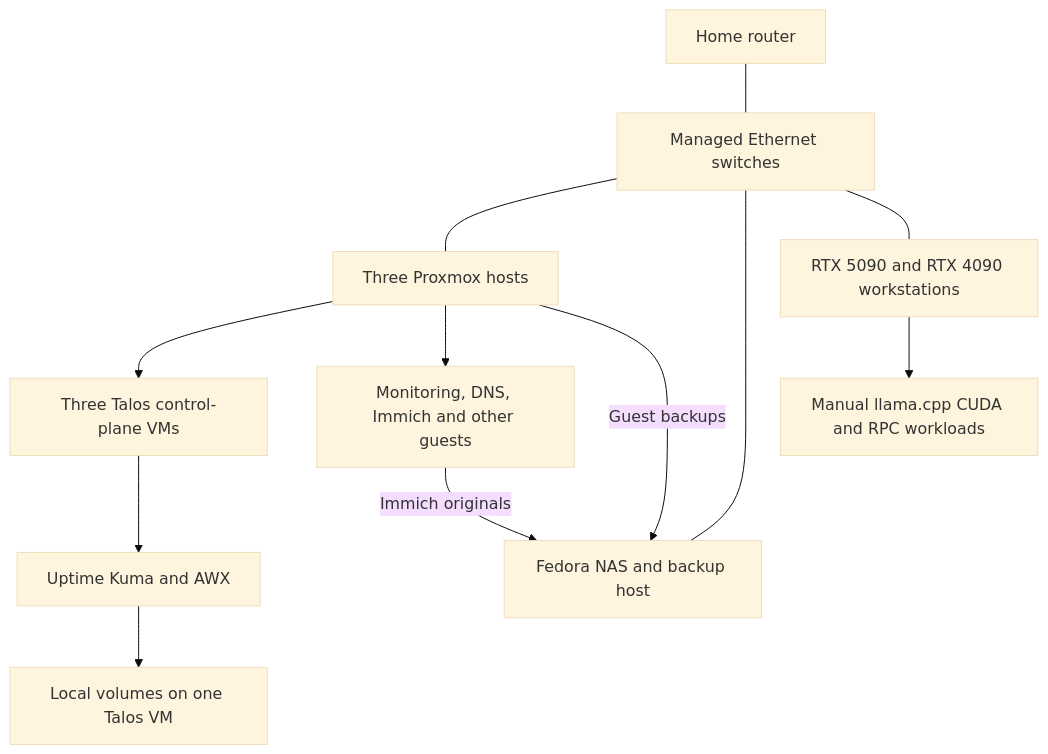
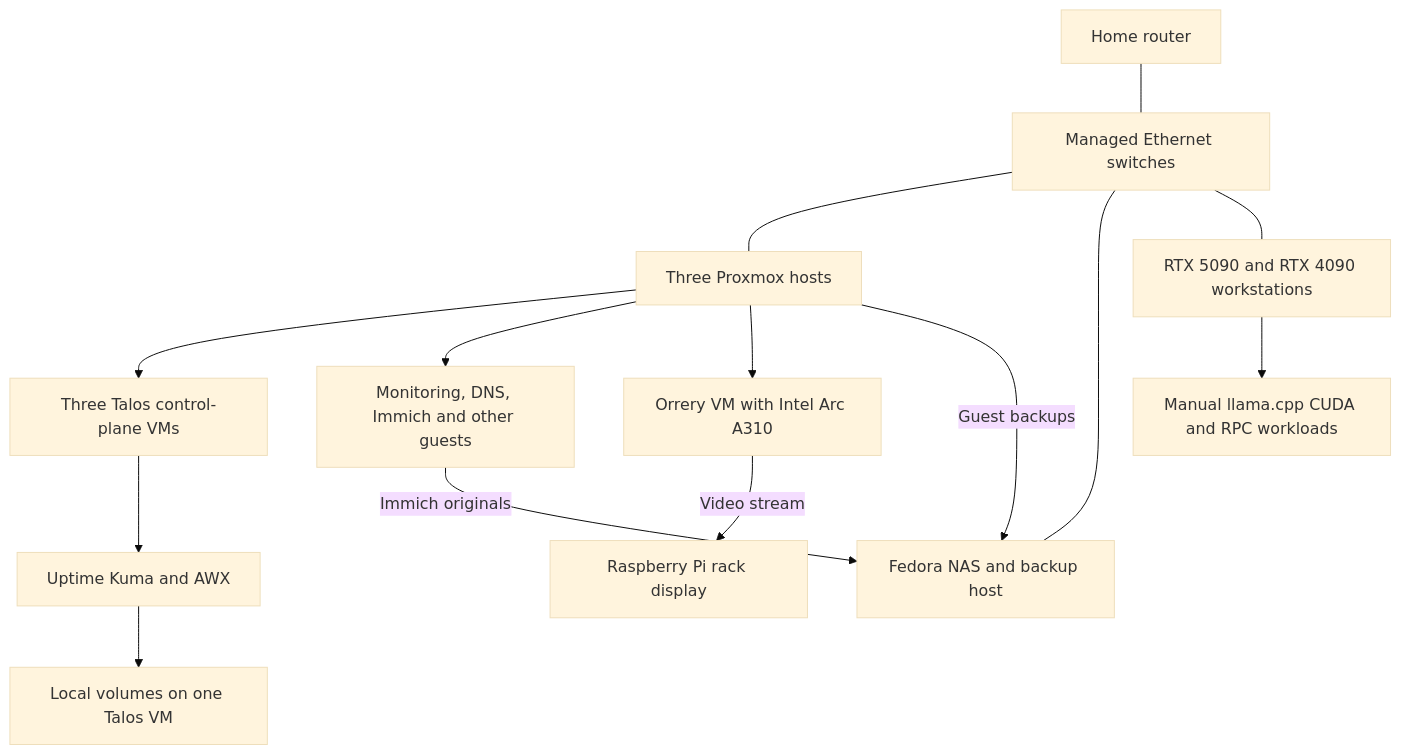
The diagram in README.md (djcapps/homelab), drawn with Mermaid (base theme) before and after one commit. The commit also changed other lines of this file and 33 other files, not shown here.

````diff
--- a/README.md
+++ b/README.md
@@ -26,14 +40,16 @@
 ```mermaid
 flowchart TB
     router[Home router] --- lan[Managed Ethernet switches]
     lan --- pve[Three Proxmox hosts]
     lan --- nas[Fedora NAS and backup host]
     lan --- gpu[RTX 5090 and RTX 4090 workstations]
     pve --> talos[Three Talos control-plane VMs]
     pve --> services[Monitoring, DNS, Immich and other guests]
     talos --> apps[Uptime Kuma and AWX]
     apps --> local[Local volumes on one Talos VM]
+    pve --> orrery[Orrery VM with Intel Arc A310]
+    orrery -->|Video stream| display[Raspberry Pi rack display]
     services -->|Immich originals| nas
     pve -->|Guest backups| nas
     gpu --> inference[Manual llama.cpp CUDA and RPC workloads]
 ```
````
